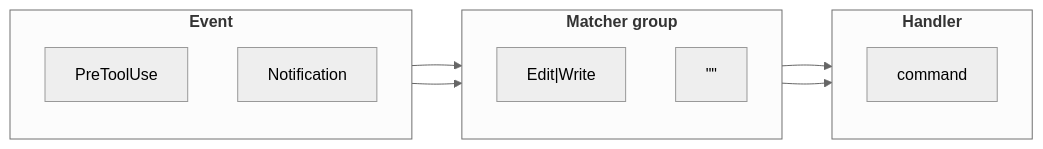
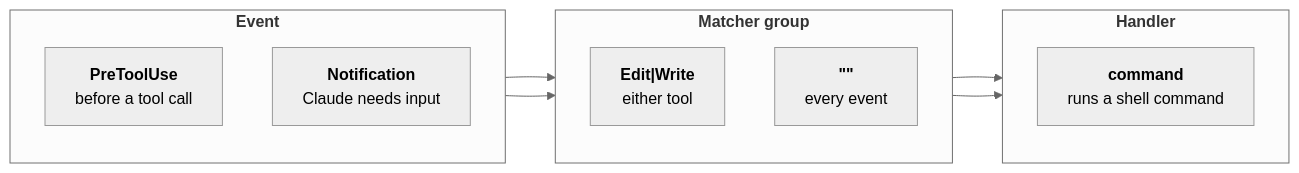
The diagram in claude-code-hooks.md (rstacruz/cheatsheets), drawn with Mermaid (neutral theme) before and after one commit. The commit also changed 9 other files, not shown here.

First line of the commit message:
Add Mermaid diagram rules and examples

````diff
--- a/claude-code-hooks.md
+++ b/claude-code-hooks.md
@@ -44,21 +44,21 @@
-```mermaid title="Event to handler"
+```mermaid
 flowchart LR
   accTitle: Hook anatomy
   accDescr: PreToolUse uses Edit|Write; Notification an empty matcher.
   subgraph event ["`**Event**`"]
     direction TB
-    PreToolUse["PreToolUse"]
-    Notification["Notification"]
+    PreToolUse["`**PreToolUse**<br>before a tool call`"]
+    Notification["`**Notification**<br>Claude needs input`"]
   end
   subgraph matcher ["`**Matcher group**`"]
     direction TB
-    EditWrite["Edit|Write"]
-    Empty["#quot;#quot;"]
+    EditWrite["`**Edit|Write**<br>either tool`"]
+    Empty["`**#quot;#quot;**<br>every event`"]
   end
   subgraph handler ["`**Handler**`"]
     direction TB
-    Command["command"]
+    Command["`**command**<br>runs a shell command`"]
   end
   PreToolUse --> EditWrite --> Command
   Notification --> Empty --> Command
 ```
````
